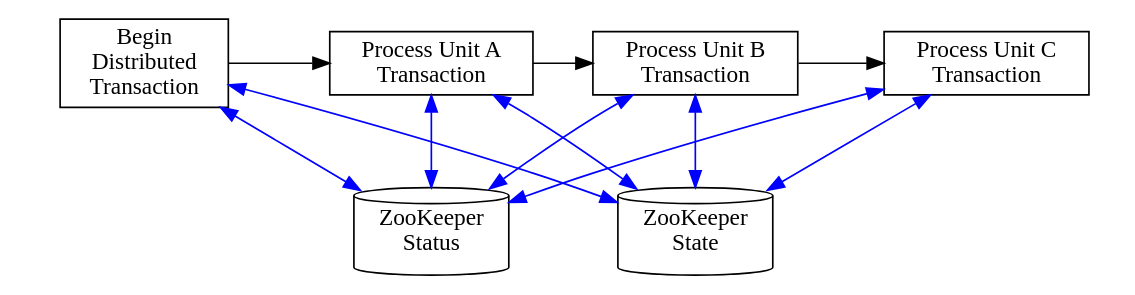
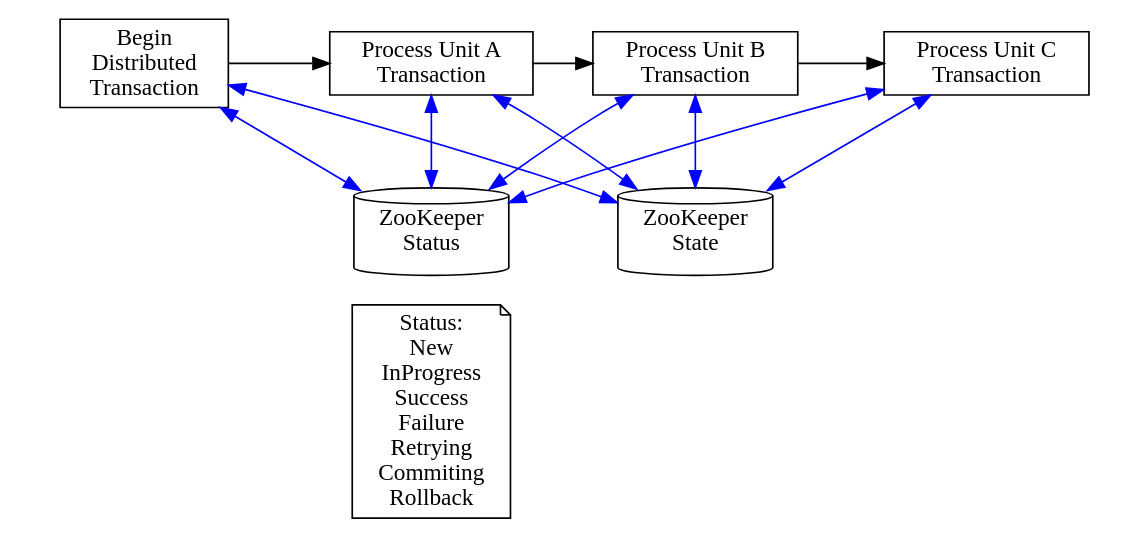
The diagram in graphviz/zookeeper_distributed_transaction.dot (redsnapper2006/arch_thinking), drawn with Graphviz before and after one commit.

Commit message:
add note in zookeeper_distributed_transaction.dot

```diff
--- a/graphviz/zookeeper_distributed_transaction.dot
+++ b/graphviz/zookeeper_distributed_transaction.dot
@@ -1,30 +1,31 @@
 digraph zookeeper_distributed_transaction {
   rankdir=LR
   overlap=false
+  note [shape=note label="Status:\nNew\nInProgress\nSuccess\nFailure\nRetrying\nCommiting\nRollback"]
   invisNodeMin [style="invis" group=g0]
   invisNodeMax [style="invis" group=g0]
   zookeeperStatus [shape=cylinder label="ZooKeeper\nStatus" group=g0]
   zookeeperState [shape=cylinder label="ZooKeeper\nState" group=g0]
 
   beginDistributed [shape=box label="Begin\nDistributed\nTransaction" group=g1]
   processUnitATransaction [shape=box label="Process Unit A\nTransaction" group=g1]
   processUnitBTransaction [shape=box label="Process Unit B\nTransaction" group=g1]
   processUnitCTransaction [shape=box label="Process Unit C\nTransaction" rank="max" group=g1]
 
   { rank="min"; invisNodeMin; beginDistributed; }
   { rank="max"; invisNodeMax; processUnitCTransaction; }
 
   { rank="same"; processUnitATransaction; zookeeperStatus; }
   { rank="same"; processUnitBTransaction; zookeeperState; }
 
   invisNodeMin -> zookeeperStatus [style="invis"]
   zookeeperStatus -> zookeeperState [style="invis"]
   zookeeperState -> invisNodeMax [style="invis"]
   beginDistributed -> {zookeeperStatus, zookeeperState} [dir=both color="blue"]
   beginDistributed -> processUnitATransaction
   processUnitATransaction -> {zookeeperStatus, zookeeperState} [dir=both color="blue"]
   processUnitATransaction -> processUnitBTransaction
   processUnitBTransaction -> {zookeeperStatus, zookeeperState} [dir=both color="blue"]
   processUnitBTransaction -> processUnitCTransaction
   processUnitCTransaction -> {zookeeperStatus, zookeeperState} [dir=both color="blue"]
 }
```
